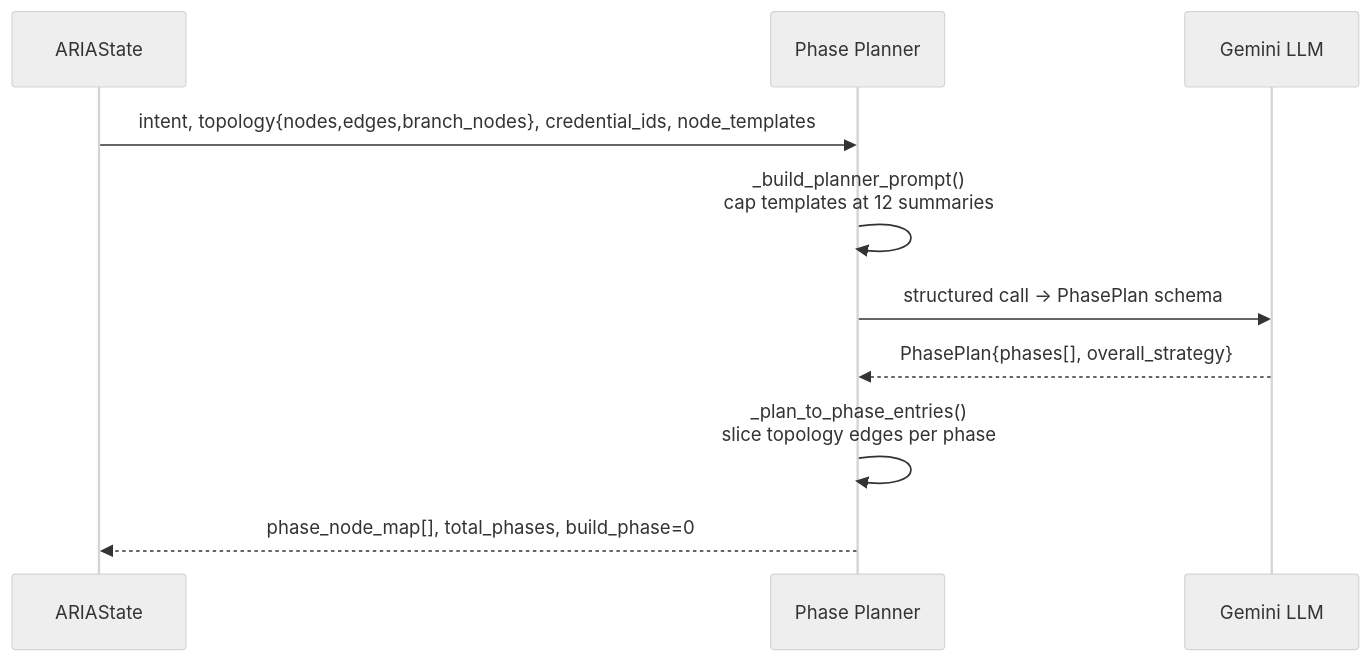
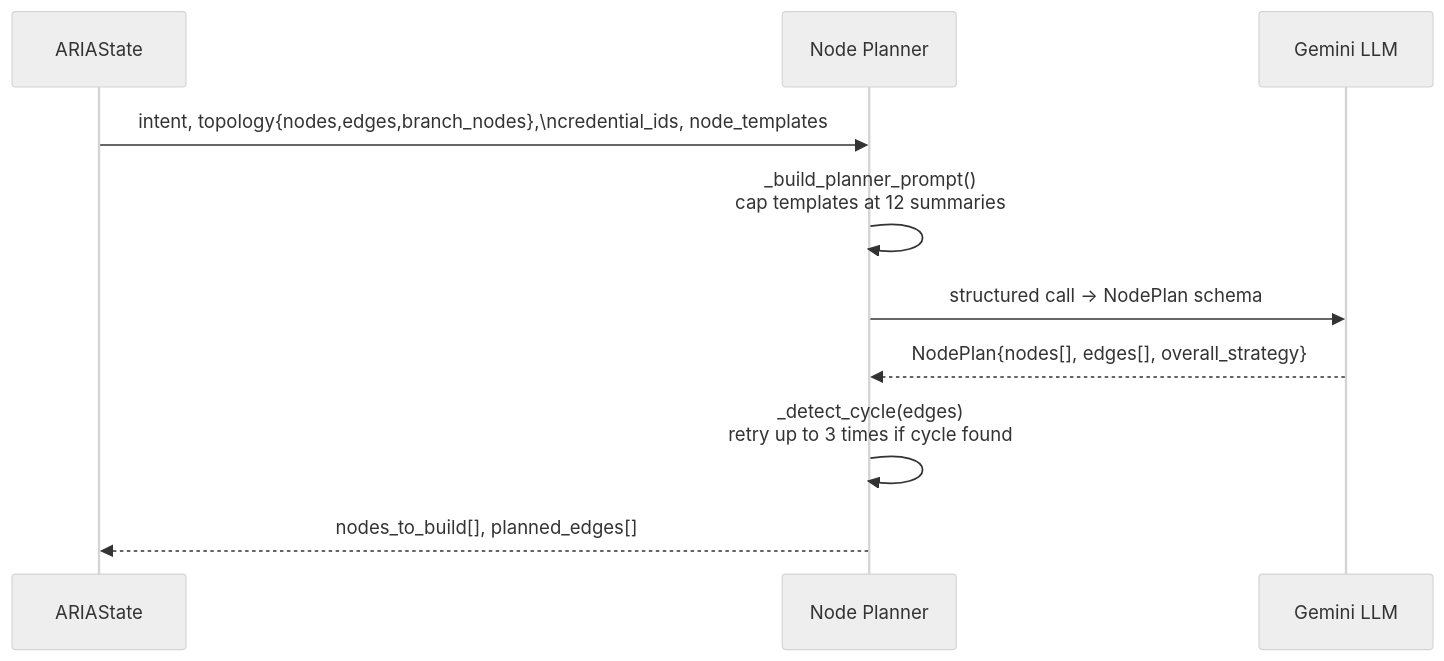
One commit to h19overflow/ARIA changed the second of 7 diagrams in src/agentic_system/build_cycle/README.md. Above: the diagram before and after it, drawn with Mermaid (neutral theme). The commit also changed other lines of this file and 26 other files, not shown here.

First line of the commit message:
refactor(build_cycle): replace sequential phase loop with parallel fan-out/fan-in via LangGraph Send API

````diff
--- a/src/agentic_system/build_cycle/README.md
+++ b/src/agentic_system/build_cycle/README.md
@@ -77,13 +84,13 @@
 ```mermaid
 sequenceDiagram
     participant S as ARIAState
-    participant PP as Phase Planner
+    participant NP as Node Planner
     participant LLM as Gemini LLM
 
-    S->>PP: intent, topology{nodes,edges,branch_nodes}, credential_ids, node_templates
-    PP->>PP: _build_planner_prompt()<br/>cap templates at 12 summaries
-    PP->>LLM: structured call → PhasePlan schema
-    LLM-->>PP: PhasePlan{phases[], overall_strategy}
-    PP->>PP: _plan_to_phase_entries()<br/>slice topology edges per phase
-    PP-->>S: phase_node_map[], total_phases, build_phase=0
+    S->>NP: intent, topology{nodes,edges,branch_nodes},\ncredential_ids, node_templates
+    NP->>NP: _build_planner_prompt()<br/>cap templates at 12 summaries
+    NP->>LLM: structured call → NodePlan schema
+    LLM-->>NP: NodePlan{nodes[], edges[], overall_strategy}
+    NP->>NP: _detect_cycle(edges)<br/>retry up to 3 times if cycle found
+    NP-->>S: nodes_to_build[], planned_edges[]
 ```
````
